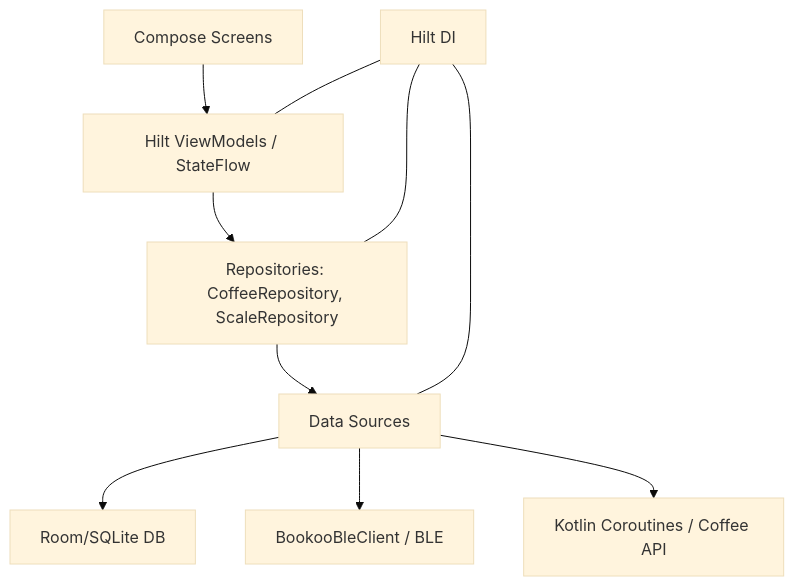
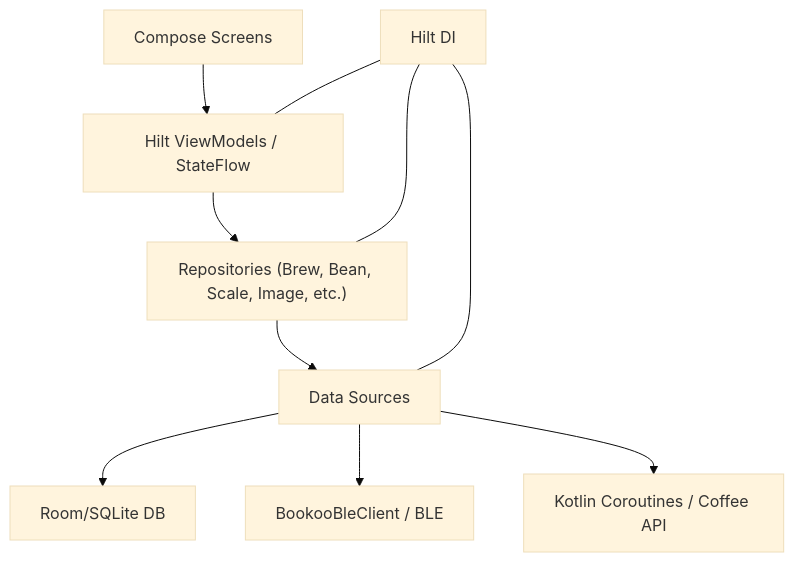
The diagram in README.md (VictorKoffed/Projekt-Android), drawn with Mermaid (base theme) before and after one commit. The commit also changed other lines of this file, not shown here.

````diff
--- a/README.md
+++ b/README.md
@@ -94,12 +94,12 @@
 ```mermaid
 graph TD
   UI["Compose Screens"] --> VM["Hilt ViewModels / StateFlow"]
-  VM --> Repo["Repositories: CoffeeRepository, ScaleRepository"]
+  VM --> Repo["Repositories (Brew, Bean, Scale, Image, etc.)"]
   Repo --> Data["Data Sources"]
   Data --> Room["Room/SQLite DB"]
   Data --> BLE["BookooBleClient / BLE"]
   Data --> Network["Kotlin Coroutines / Coffee API"]
   DI["Hilt DI"] --- VM
   DI --- Repo
   DI --- Data
 ```
````
